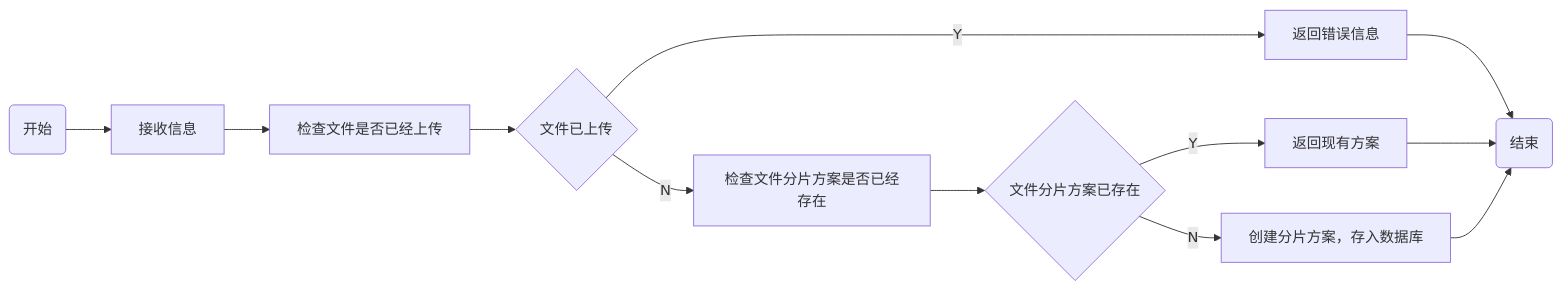
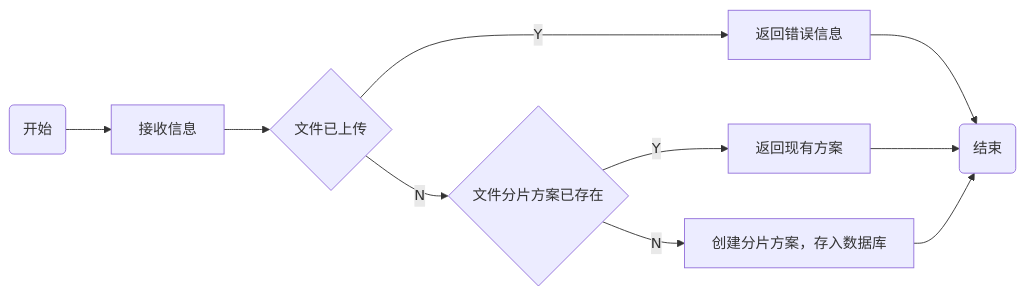
One commit to niuiic/file-service changed the eighth of 11 diagrams in README.md. Above: the diagram before and after it, drawn with Mermaid. The commit also changed other lines of this file, not shown here.

````diff
--- a/README.md
+++ b/README.md
@@ -231,33 +209,22 @@
 ```mermaid
 flowchart LR
-    start(开始)
-    start --> s1
+    start(开始) --> s1
 
-    s1[接收信息]
-    s1 --> s2
-
-    s2[检查文件是否已经上传]
-    s2 --> s3
+    s1[接收信息] --> s3
 
     s3{文件已上传}
     s3 --Y--> s4
-    s3 --N--> s5
+    s3 --N--> s6
 
-    s4[返回错误信息]
-    s4 --> done
-
-    s5[检查文件分片方案是否已经存在]
-    s5 --> s6
+    s4[返回错误信息] --> finish
 
     s6{文件分片方案已存在}
     s6 --Y--> s7
     s6 --N--> s8
 
-    s7[返回现有方案]
-    s7 --> done
+    s7[返回现有方案] --> finish
 
-    s8[创建分片方案，存入数据库]
-    s8 --> done
+    s8[创建分片方案，存入数据库] --> finish
 
-    done(结束)
+    finish(结束)
 ```
````
